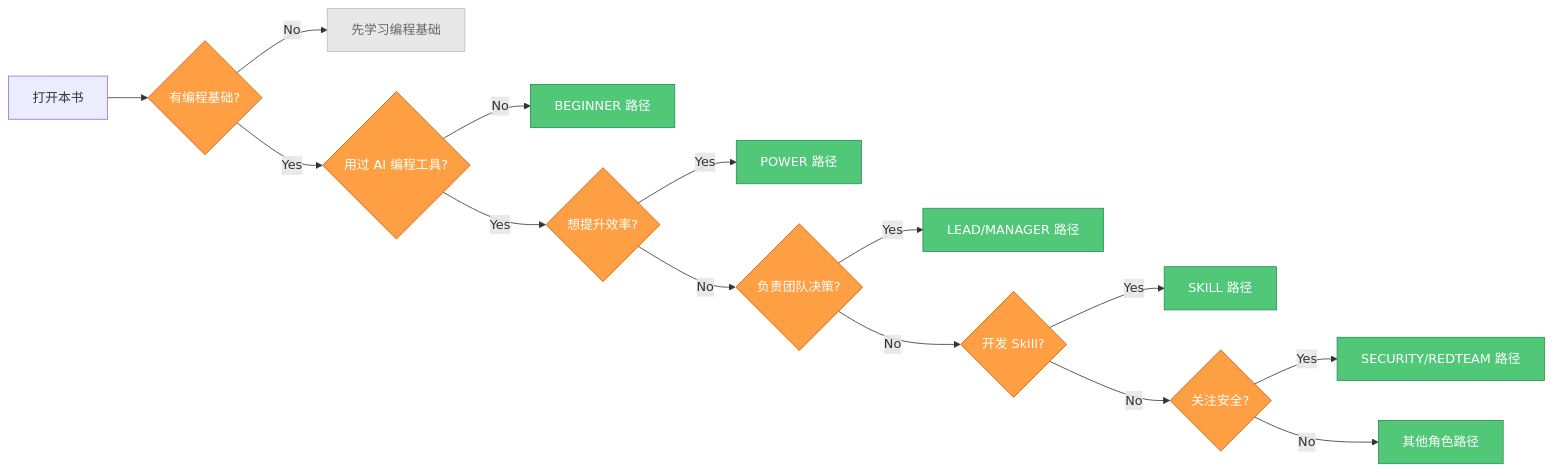
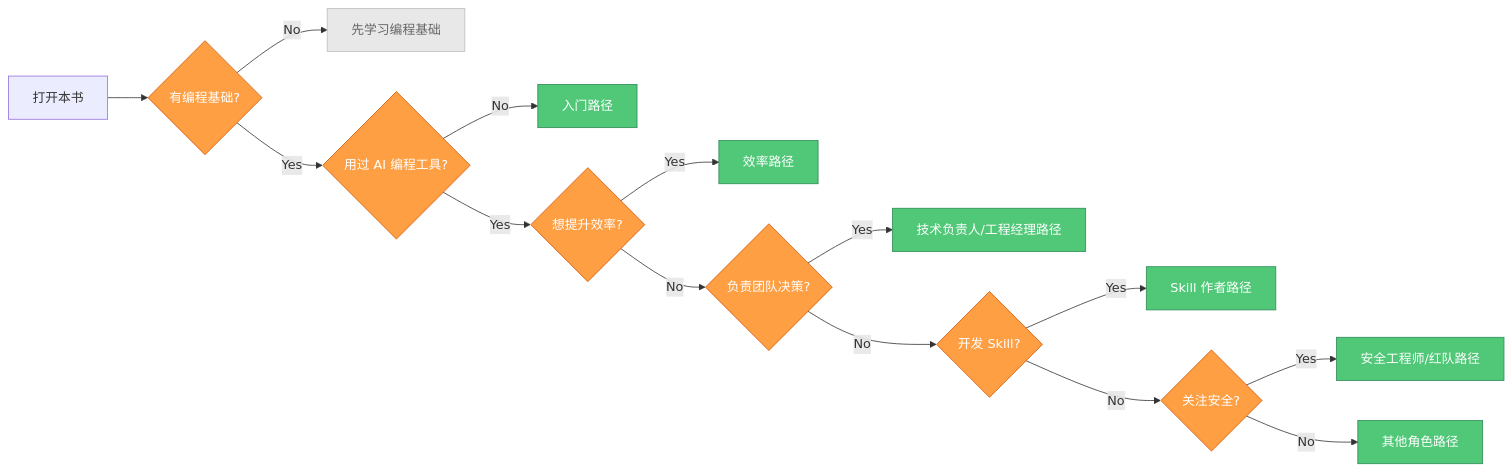
The sixth of 6 diagrams in src/00-guide/README.md (tonydeng/harness-engineering-from-oc-to-ai-coding), drawn with Mermaid before and after one commit. The commit also changed other lines of this file and 3 other files, not shown here.

````diff
--- a/src/00-guide/README.md
+++ b/src/00-guide/README.md
@@ -357,24 +357,24 @@
 ```mermaid
 flowchart LR
     A[打开本书] --> B{有编程基础?}
     B -->|No| C[先学习编程基础]
     B -->|Yes| D{用过 AI 编程工具?}
-    D -->|No| E[BEGINNER 路径]
+    D -->|No| E[入门路径]
     D -->|Yes| F{想提升效率?}
-    F -->|Yes| G[POWER 路径]
+    F -->|Yes| G[效率路径]
     F -->|No| H{负责团队决策?}
-    H -->|Yes| I[LEAD/MANAGER 路径]
+    H -->|Yes| I[技术负责人/工程经理路径]
     H -->|No| J{开发 Skill?}
-    J -->|Yes| K[SKILL 路径]
+    J -->|Yes| K[Skill 作者路径]
     J -->|No| L{关注安全?}
-    L -->|Yes| M[SECURITY/REDTEAM 路径]
+    L -->|Yes| M[安全工程师/红队路径]
     L -->|No| N[其他角色路径]
-    
+
     classDef decision fill:#FF9F43,stroke:#D35400,color:#fff
     classDef action fill:#50C878,stroke:#2E8B57,color:#fff
     classDef exit fill:#E8E8E8,stroke:#BDBDBD,color:#666
-    
+
     class B,D,F,H,J,L decision
     class E,G,I,K,M,N action
     class C exit
 ```
````
